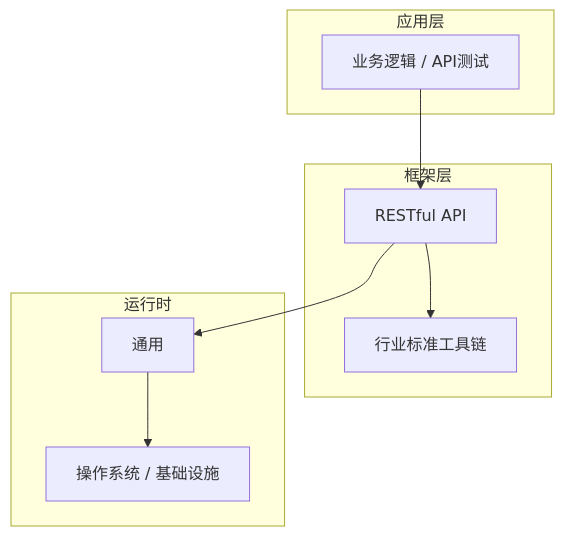
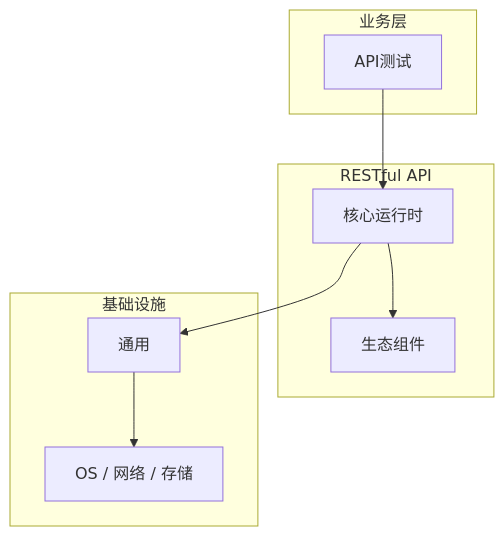
The diagram in articles/RESTful API/chapters/073-API测试核心概念与原理.md (yanggan2015/knowledge-json-v2), drawn with Mermaid before and after one commit. The commit also changed other lines of this file and 10127 other files, not shown here.

````diff
--- a/articles/RESTful API/chapters/073-API测试核心概念与原理.md
+++ b/articles/RESTful API/chapters/073-API测试核心概念与原理.md
@@ -45,18 +34,18 @@
 ```mermaid
 graph TB
-    subgraph 应用层
-        A[业务逻辑 / API测试]
+    subgraph 业务层
+        A[API测试]
     end
-    subgraph 框架层
-        B[RESTful API]
-        C[行业标准工具链]
+    subgraph RESTful API
+        B[核心运行时]
+        C[生态组件]
     end
-    subgraph 运行时
+    subgraph 基础设施
         D[通用]
-        E[操作系统 / 基础设施]
+        E[OS / 网络 / 存储]
     end
     A --> B
     B --> C
     B --> D
     D --> E
 ```
````
